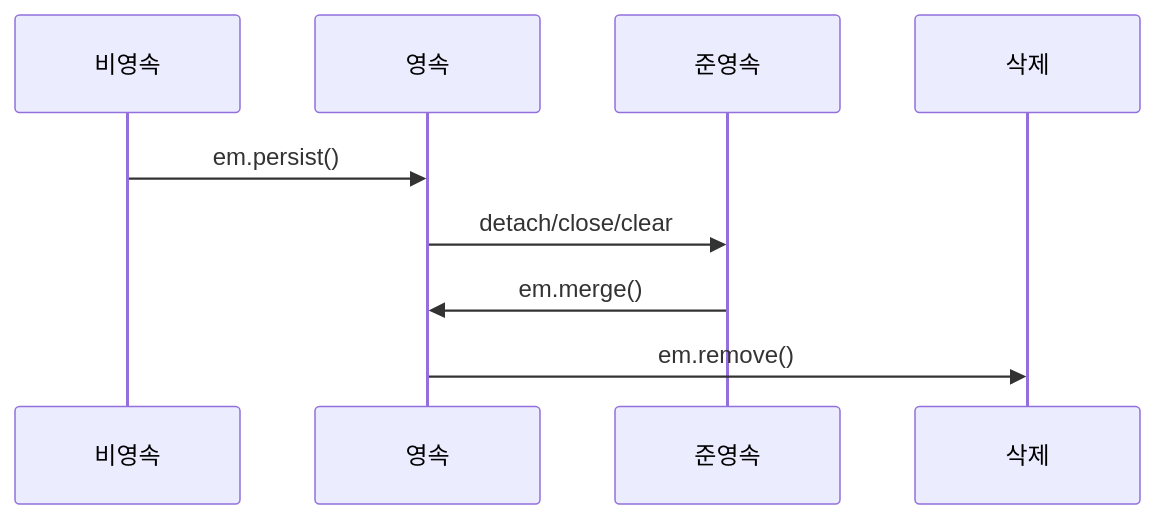
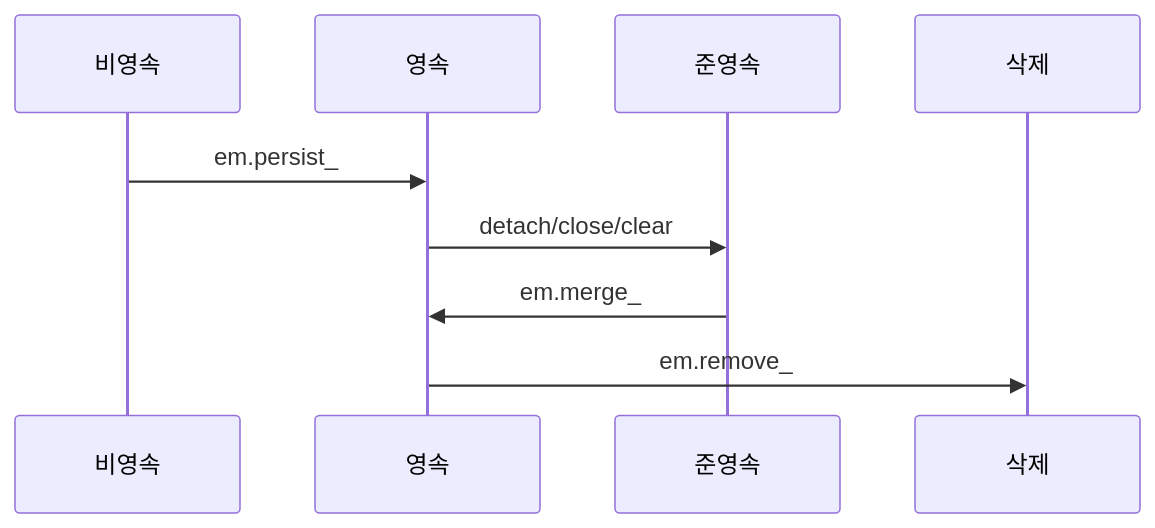
One commit to yjkim2015/yjkim2015.github.io changed the seventh of 10 diagrams in _posts/jpa/2026-05-01-jpa-fundamentals.md. Above: the diagram before and after it, drawn with Mermaid. The commit also changed other lines of this file and 85 other files, not shown here.

First line of the commit message:
sequenceDiagram 문법 에러 2차 수정 169개 (86파일)

````diff
--- a/_posts/jpa/2026-05-01-jpa-fundamentals.md
+++ b/_posts/jpa/2026-05-01-jpa-fundamentals.md
@@ -249,7 +249,7 @@
 ```mermaid
 sequenceDiagram
-    비영속->>영속: em.persist()
+    비영속->>영속: em.persist_
     영속->>준영속: detach/close/clear
-    준영속->>영속: em.merge()
-    영속->>삭제: em.remove()
+    준영속->>영속: em.merge_
+    영속->>삭제: em.remove_
 ```
````
